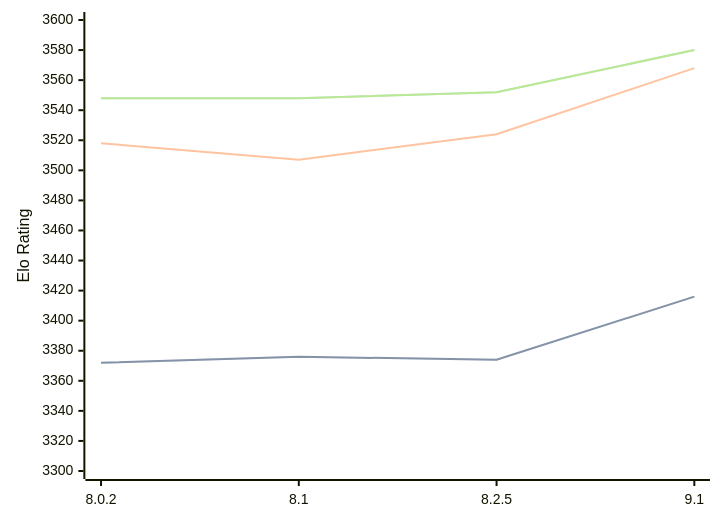
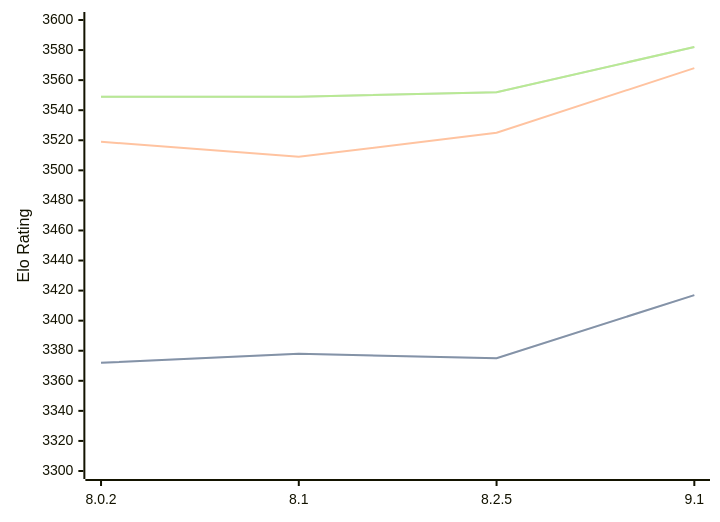
Before and after one commit to computer-chess-index/cci: the diagram in engines/Clover.md, drawn with Mermaid. The commit also changed other lines of this file, not shown here.

Commit message:
Update CCI Ratings (ELO VLTC) - 2026-04-24

````diff
--- a/engines/Clover.md
+++ b/engines/Clover.md
@@ -64,11 +64,11 @@
 ```mermaid
 %%{init: {"theme":"base","themeVariables":{"seriesColors:['#a3a3a3','#222221','#faa371']}}}%%
 xychart-beta
   x-axis ["8.0.2", "8.1", "8.2.5", "9.1"]
   y-axis "Elo Rating" 3300 --> 3600
-  line "STC (8.0+0.08s)" [3372, 3376, 3374, 3416]
-  line "STC (8.0+0.08s)" [3372, 3376, 3374, 3416]
-  line "LTC (60.0+0.60s)" [3518, 3507, 3524, 3568]
-  line "VLTC (2m24s+1.12s)" [3548, 3548, 3552, 3580]
-  line "VLTC (2m24s+1.12s)" [3548, 3548, 3552, 3580]
+  line "STC (8.0+0.08s)" [3372, 3378, 3375, 3417]
+  line "STC (8.0+0.08s)" [3372, 3378, 3375, 3417]
+  line "LTC (60.0+0.60s)" [3519, 3509, 3525, 3568]
+  line "VLTC (2m24s+1.12s)" [3549, 3549, 3552, 3582]
+  line "VLTC (2m24s+1.12s)" [3549, 3549, 3552, 3582]
 ```
````
